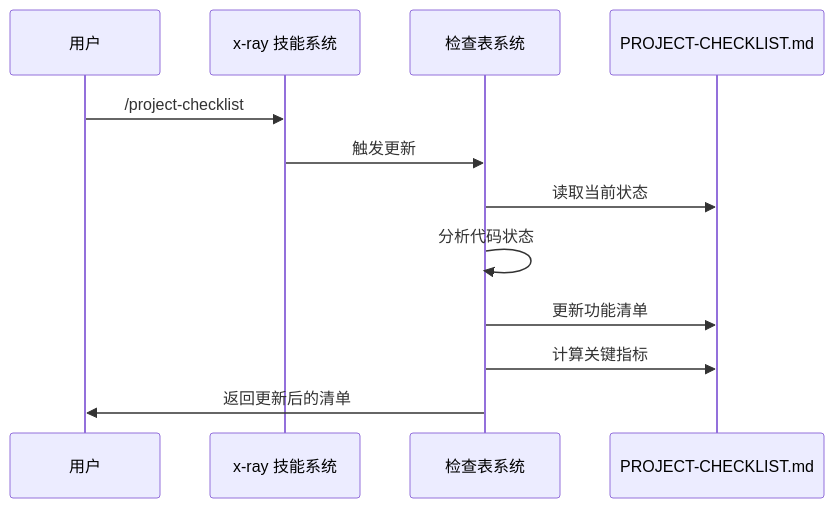
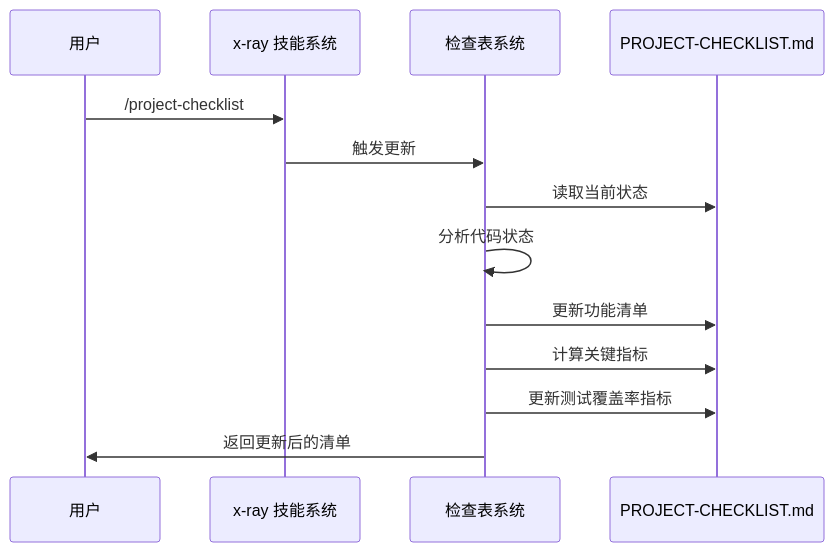
One commit to CryptoLinxu/Web3-AI-Agent changed the third of 8 diagrams in .qoder/repowiki/zh/content/项目概述/项目检查表系统.md. Above: the diagram before and after it, drawn with Mermaid. The commit also changed other lines of this file and 17 other files, not shown here.

````diff
--- a/.qoder/repowiki/zh/content/项目概述/项目检查表系统.md
+++ b/.qoder/repowiki/zh/content/项目概述/项目检查表系统.md
@@ -161,14 +172,15 @@
 ```mermaid
 sequenceDiagram
 participant User as 用户
 participant Skill as x-ray 技能系统
 participant Checklist as 检查表系统
 participant File as PROJECT-CHECKLIST.md
 User->>Skill : /project-checklist
 Skill->>Checklist : 触发更新
 Checklist->>File : 读取当前状态
 Checklist->>Checklist : 分析代码状态
 Checklist->>File : 更新功能清单
 Checklist->>File : 计算关键指标
+Checklist->>File : 更新测试覆盖率指标
 Checklist->>User : 返回更新后的清单
 ```
````
